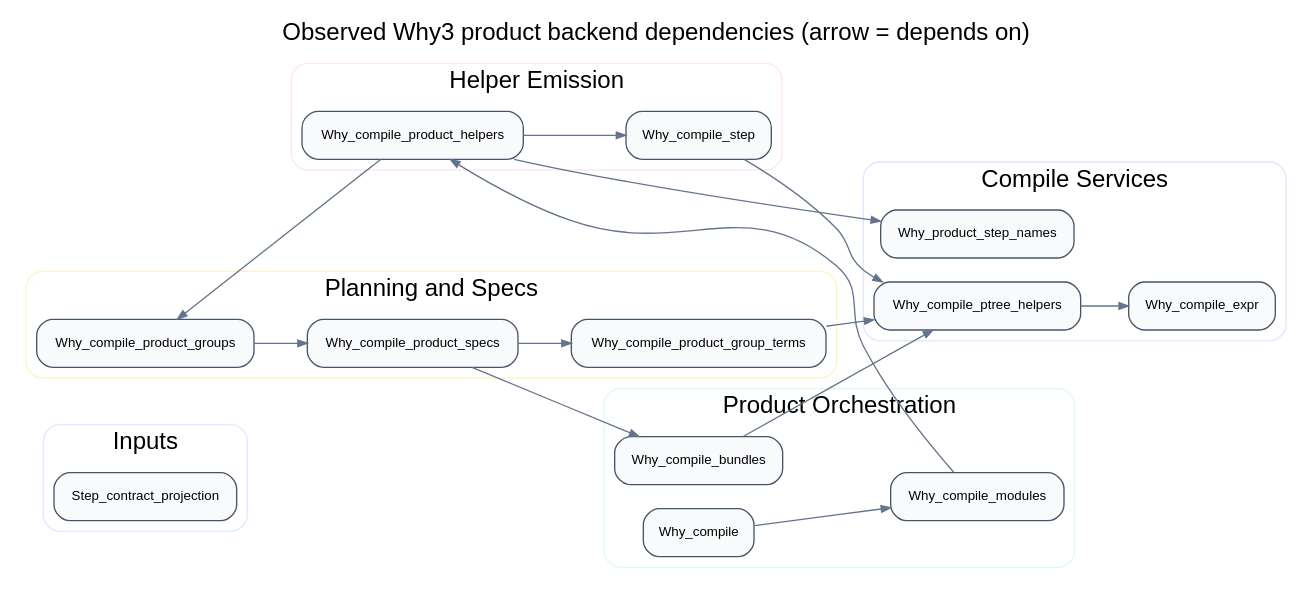
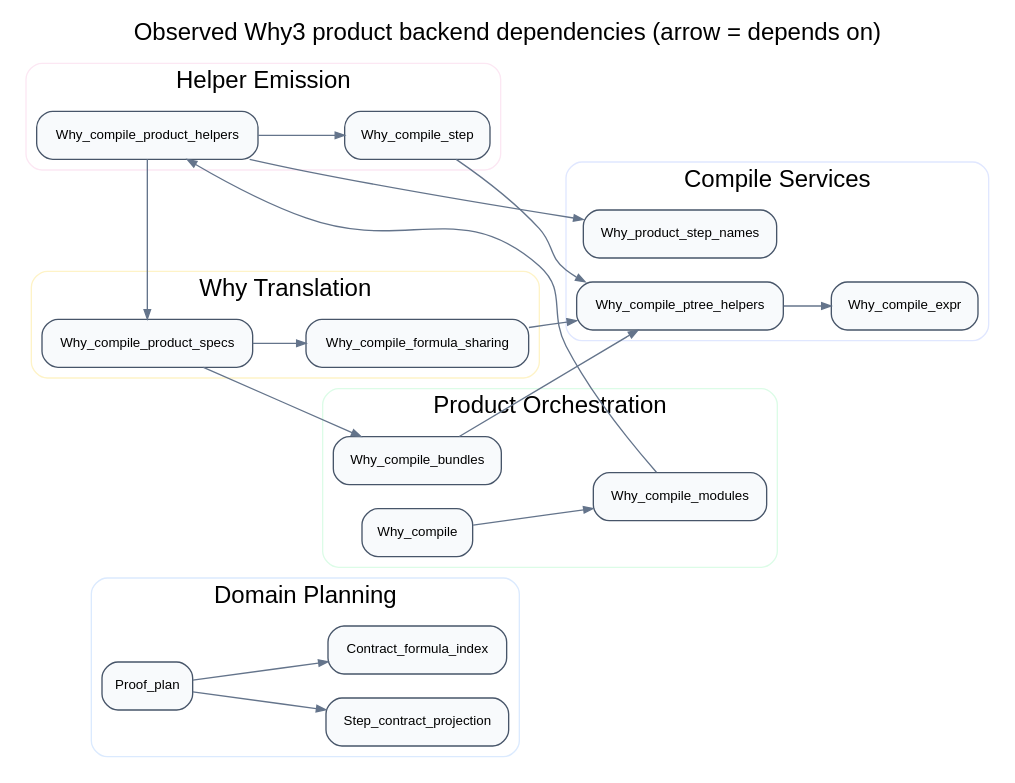
One commit to DabrowskiFr/Kairos changed the diagram in docs/architecture/observed/why3-product-backend.dot. Above: the diagram before and after it, drawn with Graphviz. The commit also changed 89 other files, not shown here.

Commit message:
refactor: move proof planning out of Why3 backend

```diff
--- a/docs/architecture/observed/why3-product-backend.dot
+++ b/docs/architecture/observed/why3-product-backend.dot
@@ -1,73 +1,75 @@
 digraph "why3_product_backend" {
   graph [
     rankdir=LR,
     label="Observed Why3 product backend dependencies (arrow = depends on)",
     labelloc=t,
     fontname="Helvetica",
     fontsize=18,
     compound=true,
     bgcolor="white"
   ];
   node [shape=box, style="rounded,filled", fontname="Helvetica", fontsize=10, fillcolor="#f8fafc", color="#475569"];
   edge [fontname="Helvetica", fontsize=9, color="#64748b", arrowsize=0.7];
 
   subgraph cluster_0 {
-    label="Inputs";
+    label="Domain Planning";
     style="rounded,filled";
     color="#dbeafe";
     fillcolor="#ffffff";
     "Step_contract_projection" [label="Step_contract_projection"];
+    "Contract_formula_index" [label="Contract_formula_index"];
+    "Proof_plan" [label="Proof_plan"];
   }
 
   subgraph cluster_1 {
     label="Product Orchestration";
     style="rounded,filled";
     color="#dcfce7";
     fillcolor="#ffffff";
     "Why_compile" [label="Why_compile"];
     "Why_compile_bundles" [label="Why_compile_bundles"];
     "Why_compile_modules" [label="Why_compile_modules"];
   }
 
   subgraph cluster_2 {
-    label="Planning and Specs";
+    label="Why Translation";
     style="rounded,filled";
     color="#fef3c7";
     fillcolor="#ffffff";
-    "Why_compile_product_groups" [label="Why_compile_product_groups"];
-    "Why_compile_product_group_terms" [label="Why_compile_product_group_terms"];
+    "Why_compile_formula_sharing" [label="Why_compile_formula_sharing"];
     "Why_compile_product_specs" [label="Why_compile_product_specs"];
   }
 
   subgraph cluster_3 {
     label="Helper Emission";
     style="rounded,filled";
     color="#fce7f3";
     fillcolor="#ffffff";
     "Why_compile_product_helpers" [label="Why_compile_product_helpers"];
     "Why_compile_step" [label="Why_compile_step"];
   }
 
   subgraph cluster_4 {
     label="Compile Services";
     style="rounded,filled";
     color="#e0e7ff";
     fillcolor="#ffffff";
     "Why_compile_ptree_helpers" [label="Why_compile_ptree_helpers"];
     "Why_compile_expr" [label="Why_compile_expr"];
     "Why_product_step_names" [label="Why_product_step_names"];
   }
 
+  "Proof_plan" -> "Contract_formula_index";
+  "Proof_plan" -> "Step_contract_projection";
   "Why_compile" -> "Why_compile_modules";
   "Why_compile_bundles" -> "Why_compile_ptree_helpers";
+  "Why_compile_formula_sharing" -> "Why_compile_ptree_helpers";
   "Why_compile_modules" -> "Why_compile_product_helpers";
-  "Why_compile_product_group_terms" -> "Why_compile_ptree_helpers";
-  "Why_compile_product_groups" -> "Why_compile_product_specs";
-  "Why_compile_product_helpers" -> "Why_compile_product_groups";
+  "Why_compile_product_helpers" -> "Why_compile_product_specs";
   "Why_compile_product_helpers" -> "Why_compile_step";
   "Why_compile_product_helpers" -> "Why_product_step_names";
   "Why_compile_product_specs" -> "Why_compile_bundles";
-  "Why_compile_product_specs" -> "Why_compile_product_group_terms";
+  "Why_compile_product_specs" -> "Why_compile_formula_sharing";
   "Why_compile_ptree_helpers" -> "Why_compile_expr";
   "Why_compile_step" -> "Why_compile_ptree_helpers";
 }
```
